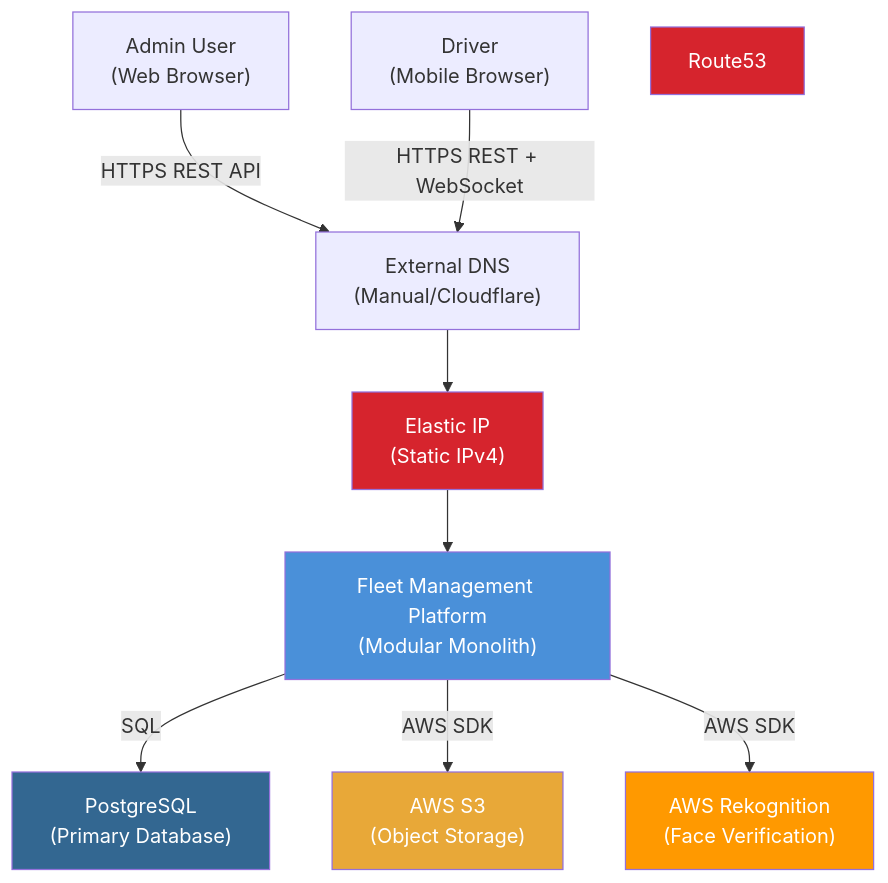
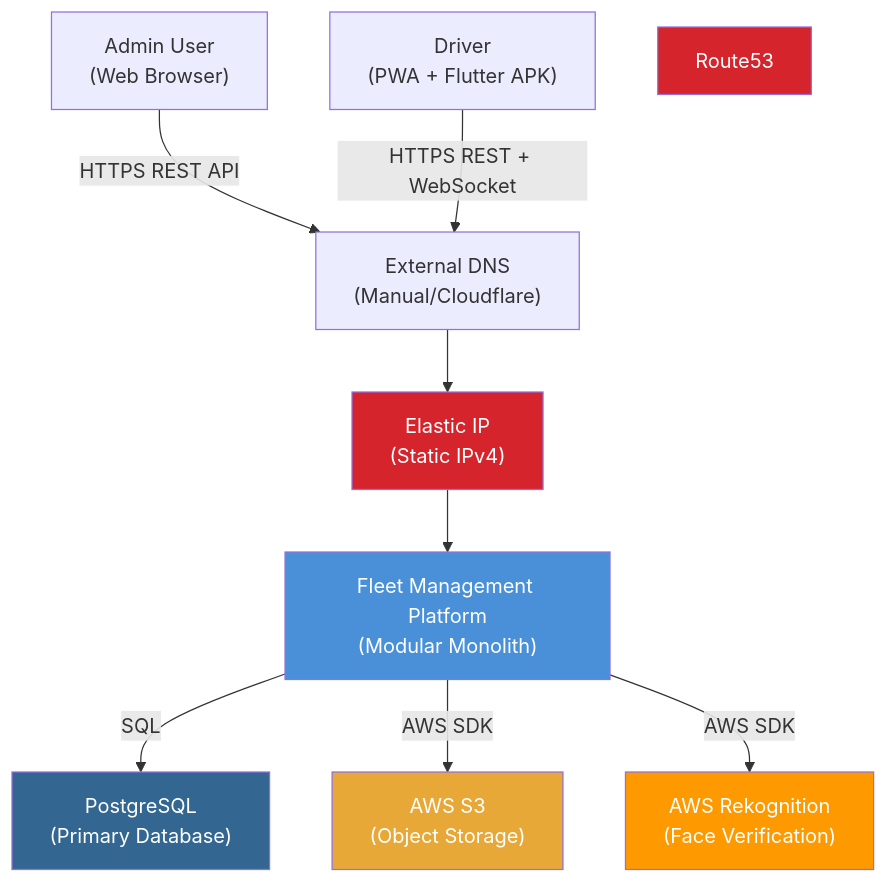
The first of 7 diagrams in docs/03-architecture.md (abdullah-hamada7/sezar-drive-v2), drawn with Mermaid before and after one commit. The commit also changed other lines of this file and 23 other files, not shown here.

First line of the commit message:
Document platform architecture and unify driver alert routing for agents.

````diff
--- a/docs/03-architecture.md
+++ b/docs/03-architecture.md
@@ -31,28 +31,28 @@
 ```mermaid
 graph TB
     Admin["Admin User<br/>(Web Browser)"]
-    Driver["Driver<br/>(Mobile Browser)"]
+    Driver["Driver<br/>(PWA + Flutter APK)"]
     
     System["Fleet Management Platform<br/>(Modular Monolith)"]
     
     DNS["External DNS<br/>(Manual/Cloudflare)"]
     EIP["Elastic IP<br/>(Static IPv4)"]
     DB["PostgreSQL<br/>(Primary Database)"]
     S3["AWS S3<br/>(Object Storage)"]
     Rekognition["AWS Rekognition<br/>(Face Verification)"]
     
     Admin -->|HTTPS REST API| DNS
     Driver -->|HTTPS REST + WebSocket| DNS
     DNS --> EIP
     EIP --> System
     System -->|SQL| DB
     System -->|AWS SDK| S3
     System -->|AWS SDK| Rekognition
     
     style System fill:#4A90D9,color:#fff
     style DB fill:#336791,color:#fff
     style S3 fill:#E8A838,color:#fff
     style Rekognition fill:#FF9900,color:#fff
     style Route53 fill:#D6242D,color:#fff
     style EIP fill:#D6242D,color:#fff
 ```
````
